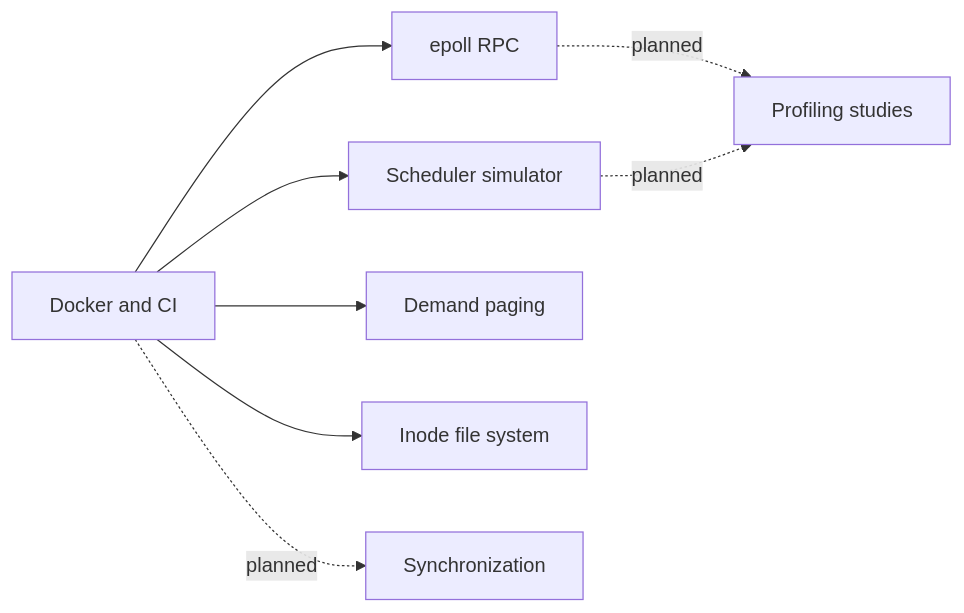
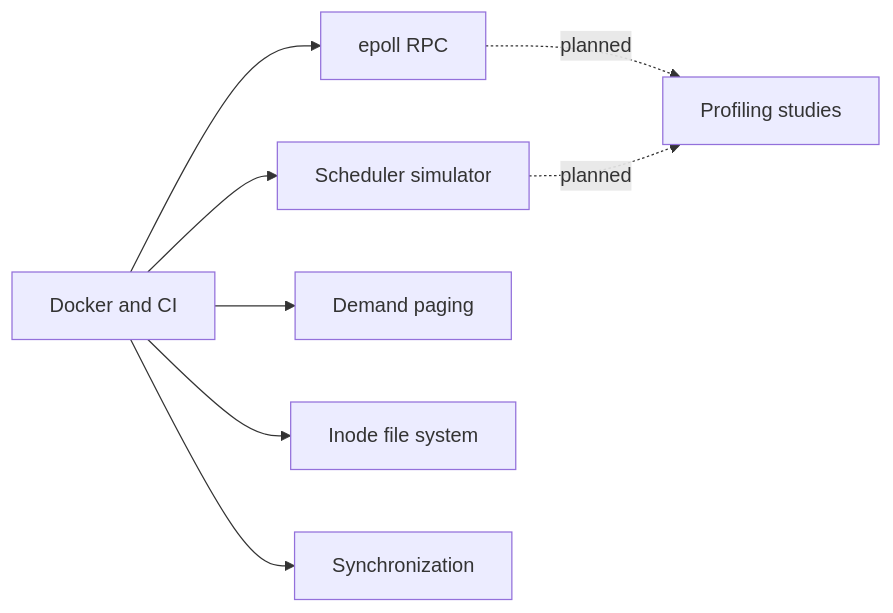
Before and after one commit to NickZhuxy/os-subsystems: the diagram in README.md, drawn with Mermaid. The commit also changed other lines of this file and 19 other files, not shown here.

````diff
--- a/README.md
+++ b/README.md
@@ -10,10 +10,10 @@
 ```mermaid
 flowchart LR
   Docker[Docker and CI] --> RPC[epoll RPC]
   Docker --> Sched[Scheduler simulator]
   Docker --> VM[Demand paging]
   Docker --> FS[Inode file system]
-  Docker -. planned .-> Sync[Synchronization]
+  Docker --> Sync[Synchronization]
   RPC -. planned .-> Bench[Profiling studies]
   Sched -. planned .-> Bench
 ```
````
